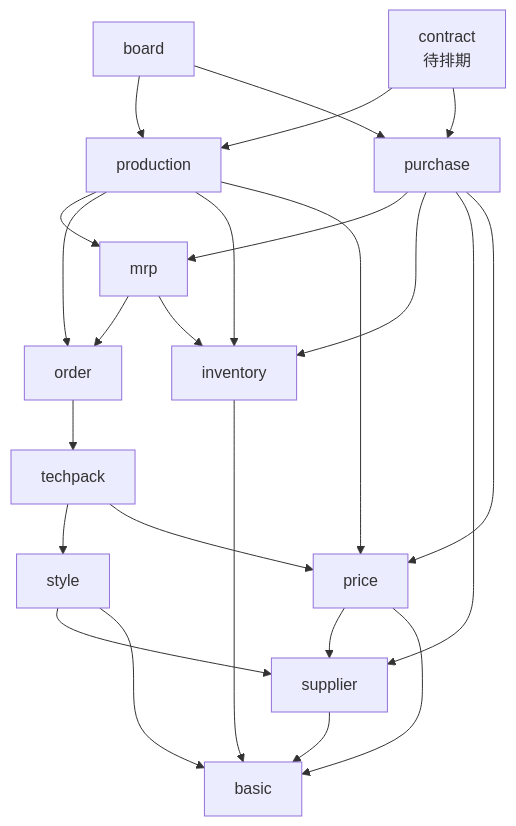
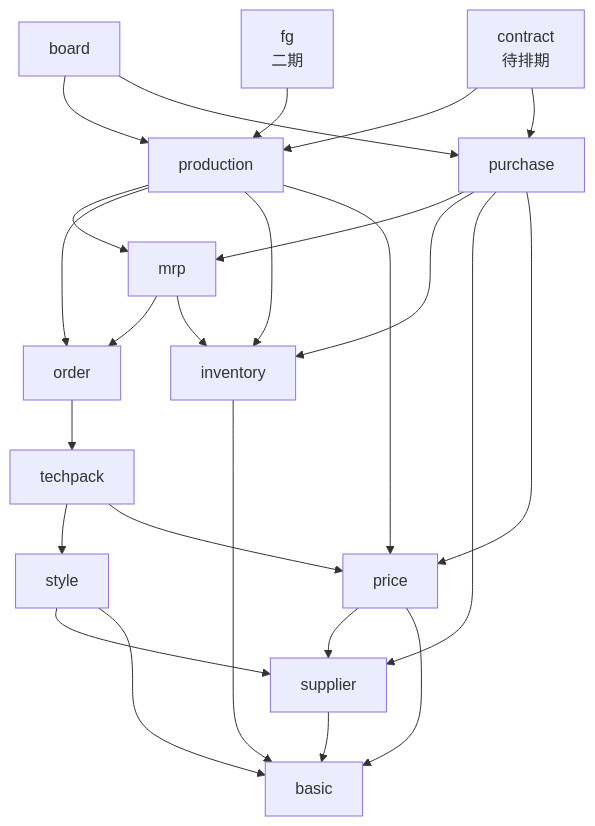
Before and after one commit to xiaoliangao/lingmao: the second of 2 diagrams in docs/架构设计.md, drawn with Mermaid. The commit also changed other lines of this file and 3 other files, not shown here.

````diff
--- a/docs/架构设计.md
+++ b/docs/架构设计.md
@@ -104,26 +108,27 @@
 ```mermaid
 flowchart TB
   bd[board] --> prd[production]
   bd --> pur[purchase]
   ctr[contract<br/>待排期] --> prd
+  fg[fg<br/>二期] --> prd
   ctr --> pur
   prd --> mrp[mrp]
   prd --> ord[order]
   prd --> inv[inventory]
   prd --> prc[price]
   pur --> mrp
   pur --> inv
   pur --> sup[supplier]
   pur --> prc
   mrp --> ord
   mrp --> inv
   ord --> tp[techpack]
   tp --> sty[style]
   tp --> prc
   prc --> sup
   prc --> bas
   sty --> sup
   sup --> bas[basic]
   inv --> bas
   sty --> bas
 ```
````
